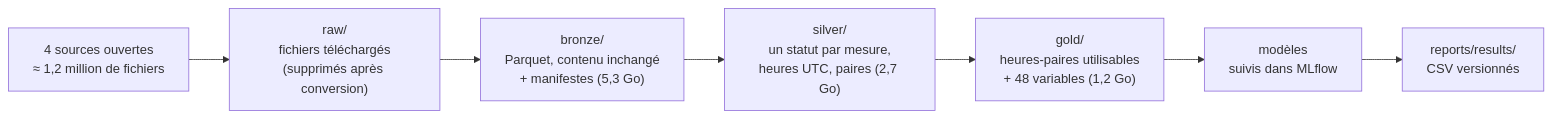
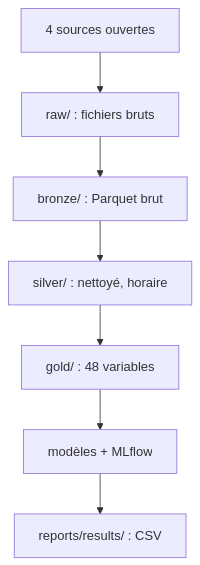
One commit to lwdata75/air-calib changed the diagram in README.md. Above: the diagram before and after it, drawn with Mermaid. The commit also changed other lines of this file, not shown here.

Commit message:
README: vertical pipeline diagram, libomp on macOS, group names placeholder

````diff
--- a/README.md
+++ b/README.md
@@ -53,9 +53,9 @@
 ```mermaid
-flowchart LR
-    S["4 sources ouvertes<br/>≈ 1,2 million de fichiers"] --> R["raw/<br/>fichiers téléchargés<br/>(supprimés après conversion)"]
-    R --> B["bronze/<br/>Parquet, contenu inchangé<br/>+ manifestes (5,3 Go)"]
-    B --> SV["silver/<br/>un statut par mesure,<br/>heures UTC, paires (2,7 Go)"]
-    SV --> G["gold/<br/>heures-paires utilisables<br/>+ 48 variables (1,2 Go)"]
-    G --> M["modèles<br/>suivis dans MLflow"]
-    M --> RES["reports/results/<br/>CSV versionnés"]
+flowchart TD
+    S["4 sources ouvertes"] --> R["raw/ : fichiers bruts"]
+    R --> B["bronze/ : Parquet brut"]
+    B --> SV["silver/ : nettoyé, horaire"]
+    SV --> G["gold/ : 48 variables"]
+    G --> M["modèles + MLflow"]
+    M --> RES["reports/results/ : CSV"]
 ```
````
